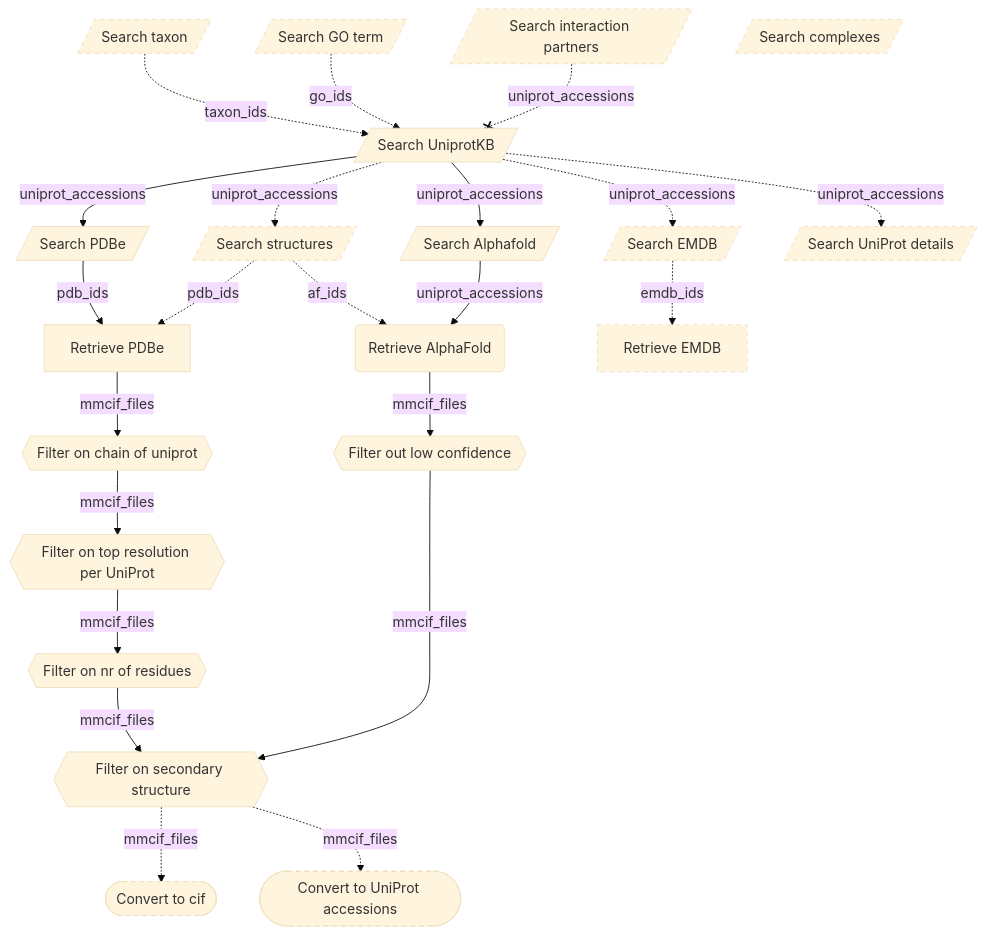
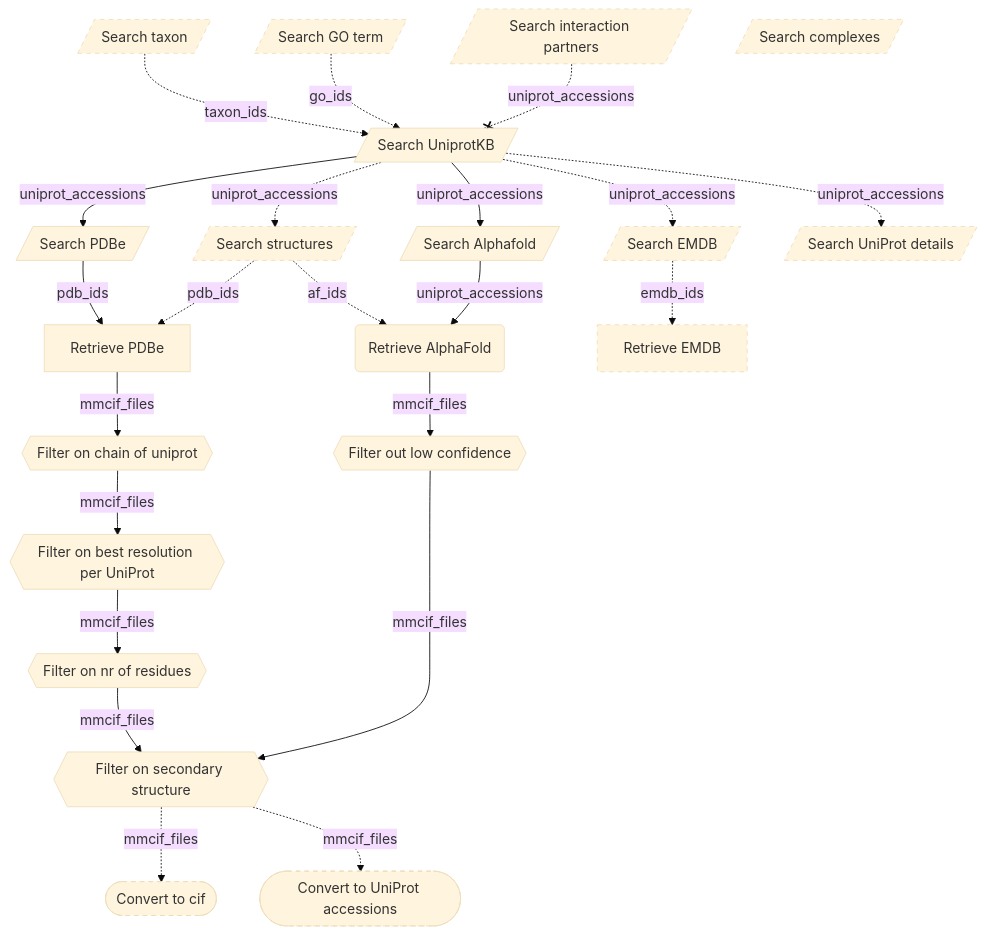
One commit to haddocking/protein-quest changed the diagram in README.md. Above: the diagram before and after it, drawn with Mermaid (base theme). The commit also changed other lines of this file and 2 other files, not shown here.

````diff
--- a/README.md
+++ b/README.md
@@ -40,36 +40,36 @@
 ```mermaid
 graph TB;
     taxonomy[/Search taxon/] -. taxon_ids .-> searchuniprot[/Search UniprotKB/]
     goterm[/Search GO term/] -. go_ids .-> searchuniprot[/Search UniprotKB/]
     searchuniprot --> |uniprot_accessions|searchpdbe[/Search PDBe/]
     searchuniprot -. uniprot_accessions .-> searchstructures[/Search structures/]
     searchuniprot --> |uniprot_accessions|searchaf[/Search Alphafold/]
     searchuniprot -. uniprot_accessions .-> searchemdb[/Search EMDB/]
     searchuniprot -. uniprot_accessions .-> searchuniprotdetails[/Search UniProt details/]
     searchintactionpartners[/Search interaction partners/] -.-x |uniprot_accessions|searchuniprot
     searchcomplexes[/Search complexes/]
     searchpdbe -->|pdb_ids|fetchpdbe[Retrieve PDBe]
     searchstructures -. pdb_ids .-> fetchpdbe
     searchstructures -. af_ids .-> fetchad
     searchaf --> |uniprot_accessions|fetchad(Retrieve AlphaFold)
     searchemdb -. emdb_ids .->fetchemdb[Retrieve EMDB]
     fetchpdbe -->|mmcif_files| chainfilter{{Filter on chain of uniprot}}
-    chainfilter --> |mmcif_files| resolutionfilter{{Filter on top resolution per UniProt}}
+    chainfilter --> |mmcif_files| resolutionfilter{{Filter on best resolution per UniProt}}
     resolutionfilter --> |mmcif_files| residuefilter{{Filter on nr of residues}}
     fetchad -->|mmcif_files| confidencefilter{{Filter out low confidence}}
     confidencefilter --> |mmcif_files| ssfilter{{Filter on secondary structure}}
     residuefilter --> |mmcif_files| ssfilter
     ssfilter -. mmcif_files .-> convert2cif([Convert to cif])
     ssfilter -. mmcif_files .-> convert2uniprot_accessions([Convert to UniProt accessions])
     classDef dashedBorder stroke-dasharray: 5 5;
     goterm:::dashedBorder
     taxonomy:::dashedBorder
     searchemdb:::dashedBorder
     fetchemdb:::dashedBorder
     searchstructures:::dashedBorder
     searchintactionpartners:::dashedBorder
     searchcomplexes:::dashedBorder
     searchuniprotdetails:::dashedBorder
     convert2cif:::dashedBorder
     convert2uniprot_accessions:::dashedBorder
 ```
````
